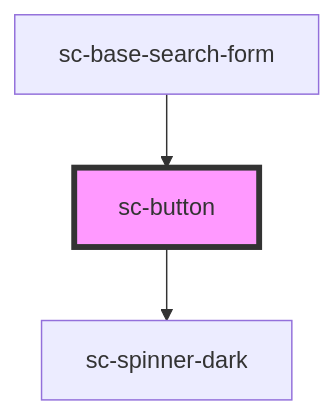
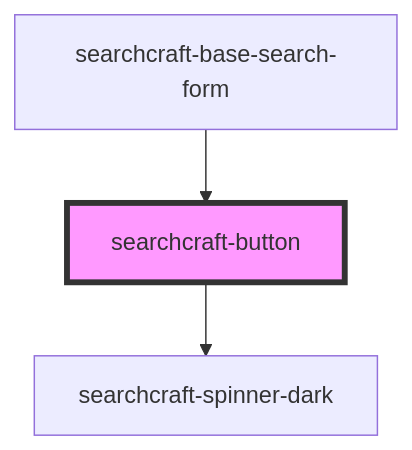
The diagram in packages/javascript-sdk/src/components/searchcraft-button/readme.md (searchcraft-inc/searchcraft-javascript-sdks), drawn with Mermaid before and after one commit. The commit also changed other lines of this file and 56 other files, not shown here.

````diff
--- a/packages/javascript-sdk/src/components/searchcraft-button/readme.md
+++ b/packages/javascript-sdk/src/components/searchcraft-button/readme.md
@@ -36,6 +36,6 @@
 ```mermaid
 graph TD;
-  sc-button --> sc-spinner-dark
-  sc-base-search-form --> sc-button
-  style sc-button fill:#f9f,stroke:#333,stroke-width:4px
+  searchcraft-button --> searchcraft-spinner-dark
+  searchcraft-base-search-form --> searchcraft-button
+  style searchcraft-button fill:#f9f,stroke:#333,stroke-width:4px
 ```
````
